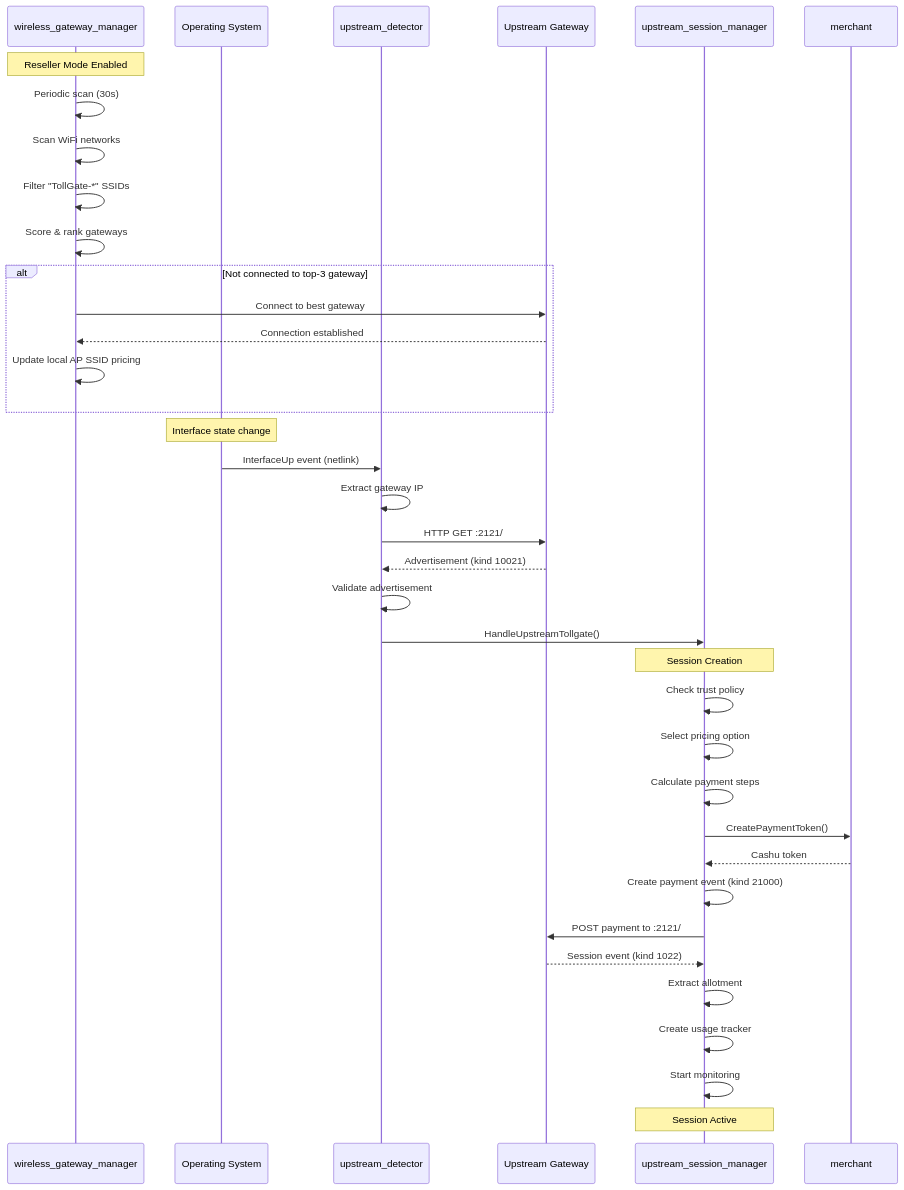
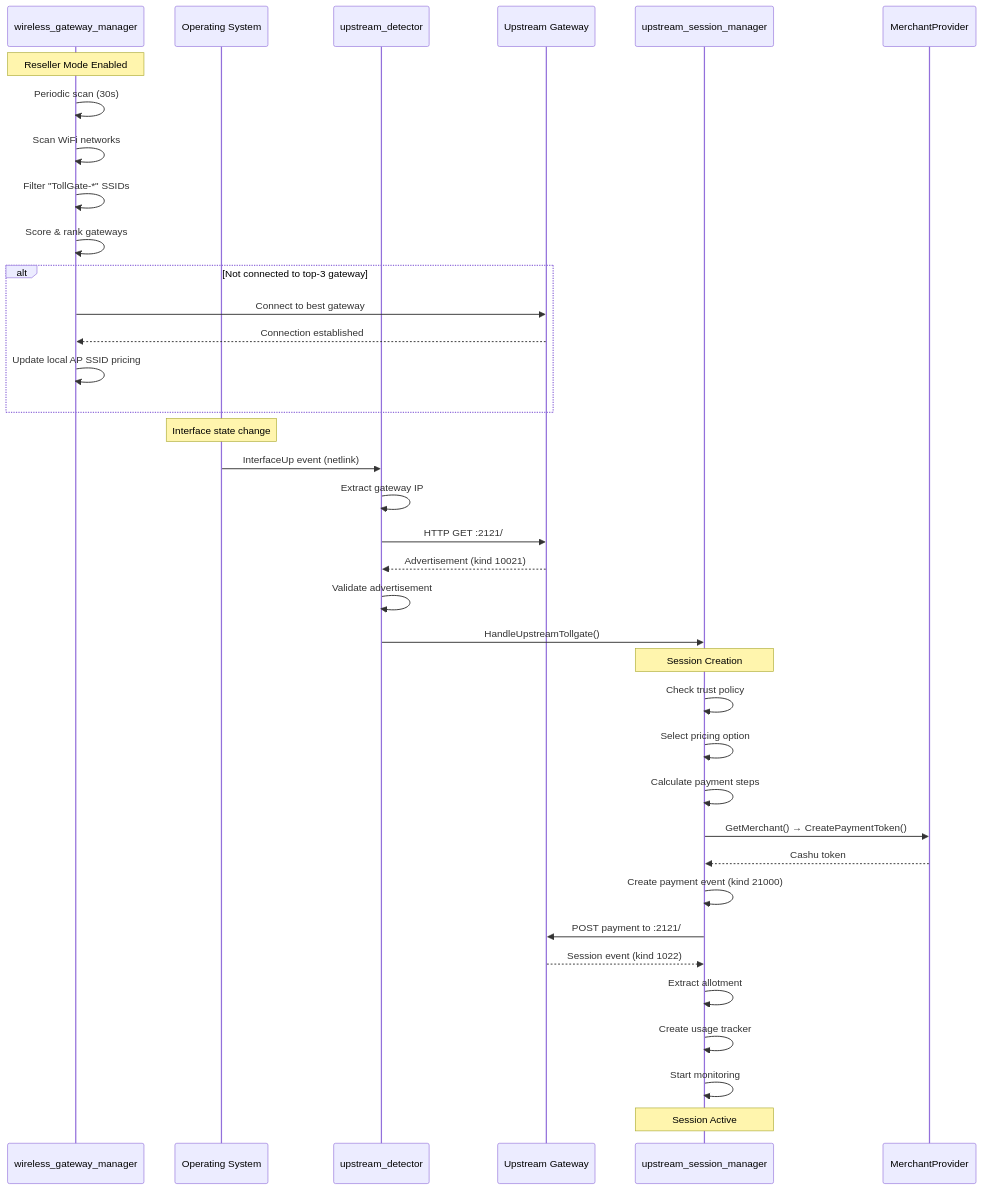
The second of 8 diagrams in docs/upstream_session_manager.md (OpenTollGate/tollgate-module-basic-go), drawn with Mermaid before and after one commit. The commit also changed other lines of this file and 4 other files, not shown here.

First line of the commit message:
docs: update documentation for degraded mode architecture (PRs #138-#140)

````diff
--- a/docs/upstream_session_manager.md
+++ b/docs/upstream_session_manager.md
@@ -60,45 +74,45 @@
 ```mermaid
 sequenceDiagram
     participant WGM as wireless_gateway_manager
     participant OS as Operating System
     participant CS as upstream_detector
     participant GW as Upstream Gateway
     participant CH as upstream_session_manager
-    participant MR as merchant
+    participant MP as MerchantProvider
 
     Note over WGM: Reseller Mode Enabled
     WGM->>WGM: Periodic scan (30s)
     WGM->>WGM: Scan WiFi networks
     WGM->>WGM: Filter "TollGate-*" SSIDs
     WGM->>WGM: Score & rank gateways
 
     alt Not connected to top-3 gateway
         WGM->>GW: Connect to best gateway
         GW-->>WGM: Connection established
         WGM->>WGM: Update local AP SSID pricing
     end
 
     Note over OS: Interface state change
     OS->>CS: InterfaceUp event (netlink)
     CS->>CS: Extract gateway IP
     CS->>GW: HTTP GET :2121/
     GW-->>CS: Advertisement (kind 10021)
     CS->>CS: Validate advertisement
 
     CS->>CH: HandleUpstreamTollgate()
 
     Note over CH: Session Creation
     CH->>CH: Check trust policy
     CH->>CH: Select pricing option
     CH->>CH: Calculate payment steps
-    CH->>MR: CreatePaymentToken()
-    MR-->>CH: Cashu token
+    CH->>MP: GetMerchant() → CreatePaymentToken()
+    MP-->>CH: Cashu token
     CH->>CH: Create payment event (kind 21000)
     CH->>GW: POST payment to :2121/
     GW-->>CH: Session event (kind 1022)
     CH->>CH: Extract allotment
     CH->>CH: Create usage tracker
     CH->>CH: Start monitoring
 
     Note over CH: Session Active
 ```
````
